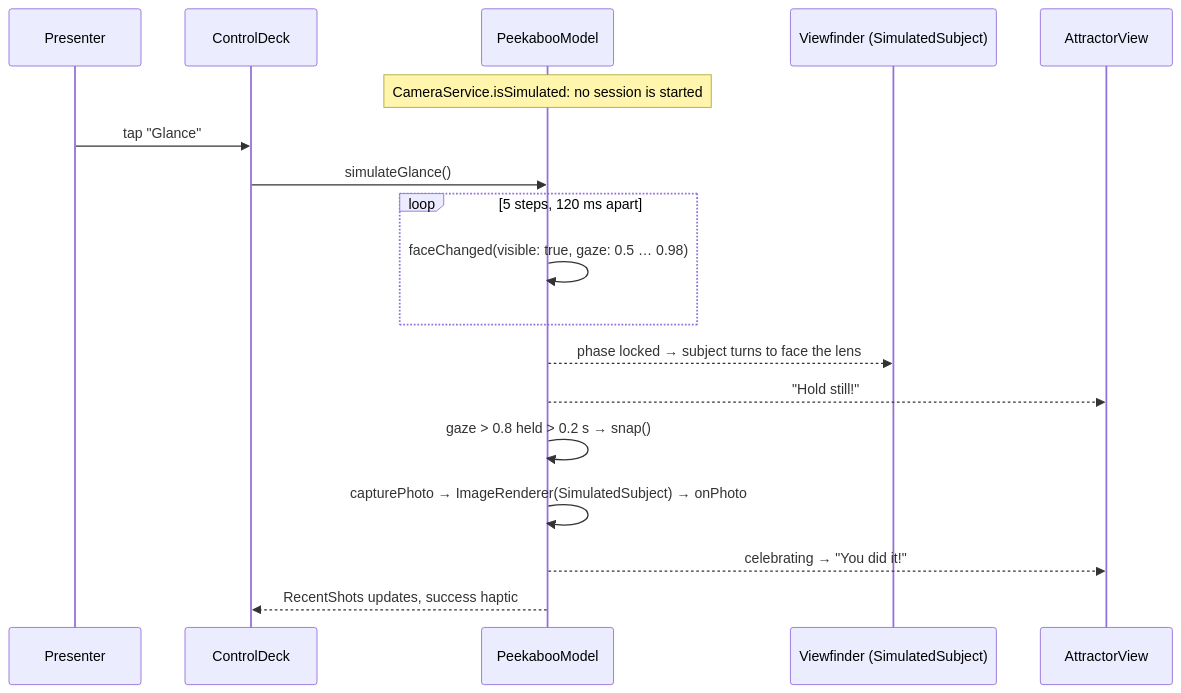
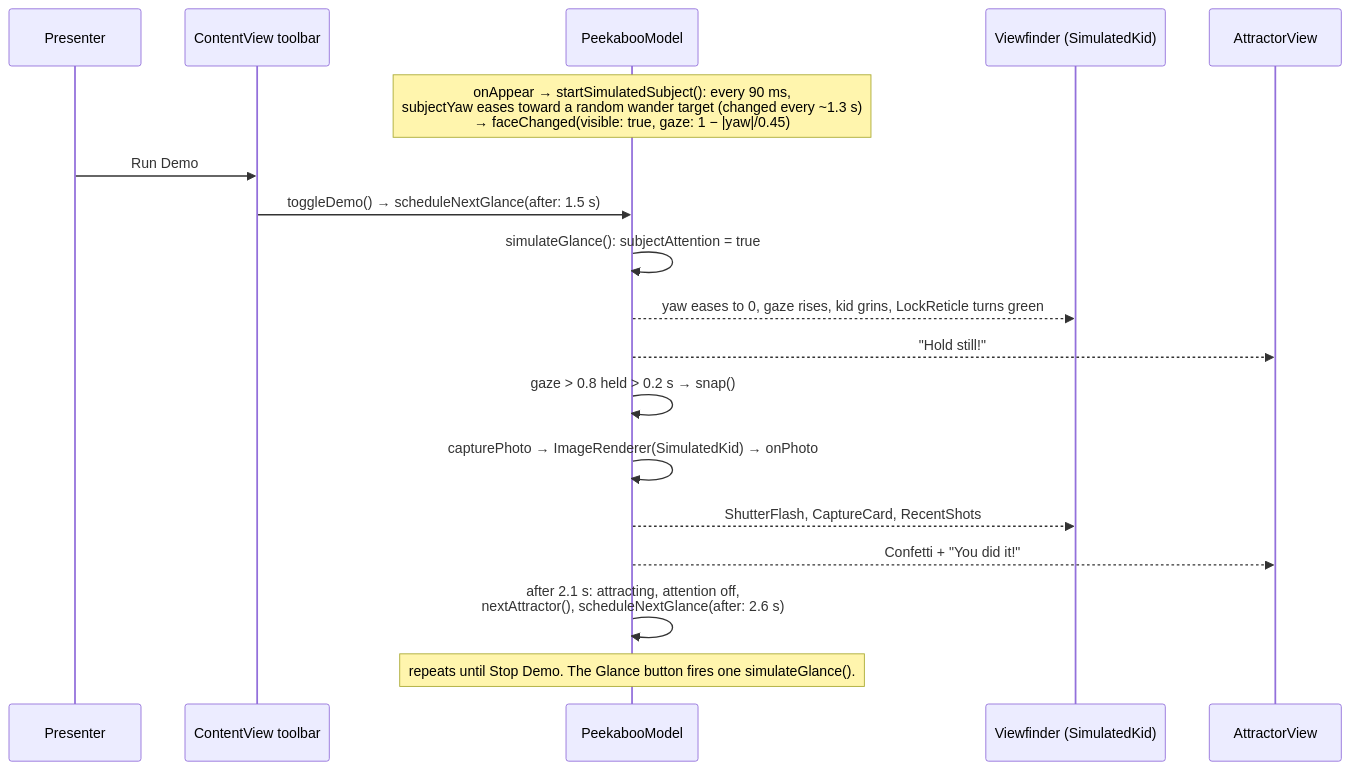
One commit to techadnank9/peekaboo changed the fifth of 5 diagrams in ARCHITECTURE.md. Above: the diagram before and after it, drawn with Mermaid. The commit also changed other lines of this file, not shown here.

Commit message:
Architecture and flows doc

````diff
--- a/ARCHITECTURE.md
+++ b/ARCHITECTURE.md
@@ -122,20 +125,20 @@
 ```mermaid
 sequenceDiagram
     participant P as Presenter
-    participant CD as ControlDeck
+    participant CV as ContentView toolbar
     participant M as PeekabooModel
-    participant VF as Viewfinder (SimulatedSubject)
+    participant VF as Viewfinder (SimulatedKid)
     participant AV as AttractorView
-    Note over M: CameraService.isSimulated: no session is started
-    P->>CD: tap "Glance"
-    CD->>M: simulateGlance()
-    loop 5 steps, 120 ms apart
-        M->>M: faceChanged(visible: true, gaze: 0.5 … 0.98)
-    end
-    M-->>VF: phase locked → subject turns to face the lens
+    Note over M: onAppear → startSimulatedSubject(): every 90 ms,<br/>subjectYaw eases toward a random wander target (changed every ~1.3 s)<br/>→ faceChanged(visible: true, gaze: 1 − |yaw|/0.45)
+    P->>CV: Run Demo
+    CV->>M: toggleDemo() → scheduleNextGlance(after: 1.5 s)
+    M->>M: simulateGlance(): subjectAttention = true
+    M-->>VF: yaw eases to 0, gaze rises, kid grins, LockReticle turns green
     M-->>AV: "Hold still!"
     M->>M: gaze > 0.8 held > 0.2 s → snap()
-    M->>M: capturePhoto → ImageRenderer(SimulatedSubject) → onPhoto
-    M-->>AV: celebrating → "You did it!"
-    M-->>CD: RecentShots updates, success haptic
+    M->>M: capturePhoto → ImageRenderer(SimulatedKid) → onPhoto
+    M-->>VF: ShutterFlash, CaptureCard, RecentShots
+    M-->>AV: Confetti + "You did it!"
+    M->>M: after 2.1 s: attracting, attention off,<br/>nextAttractor(), scheduleNextGlance(after: 2.6 s)
+    Note over M: repeats until Stop Demo. The Glance button fires one simulateGlance().
 ```
````
